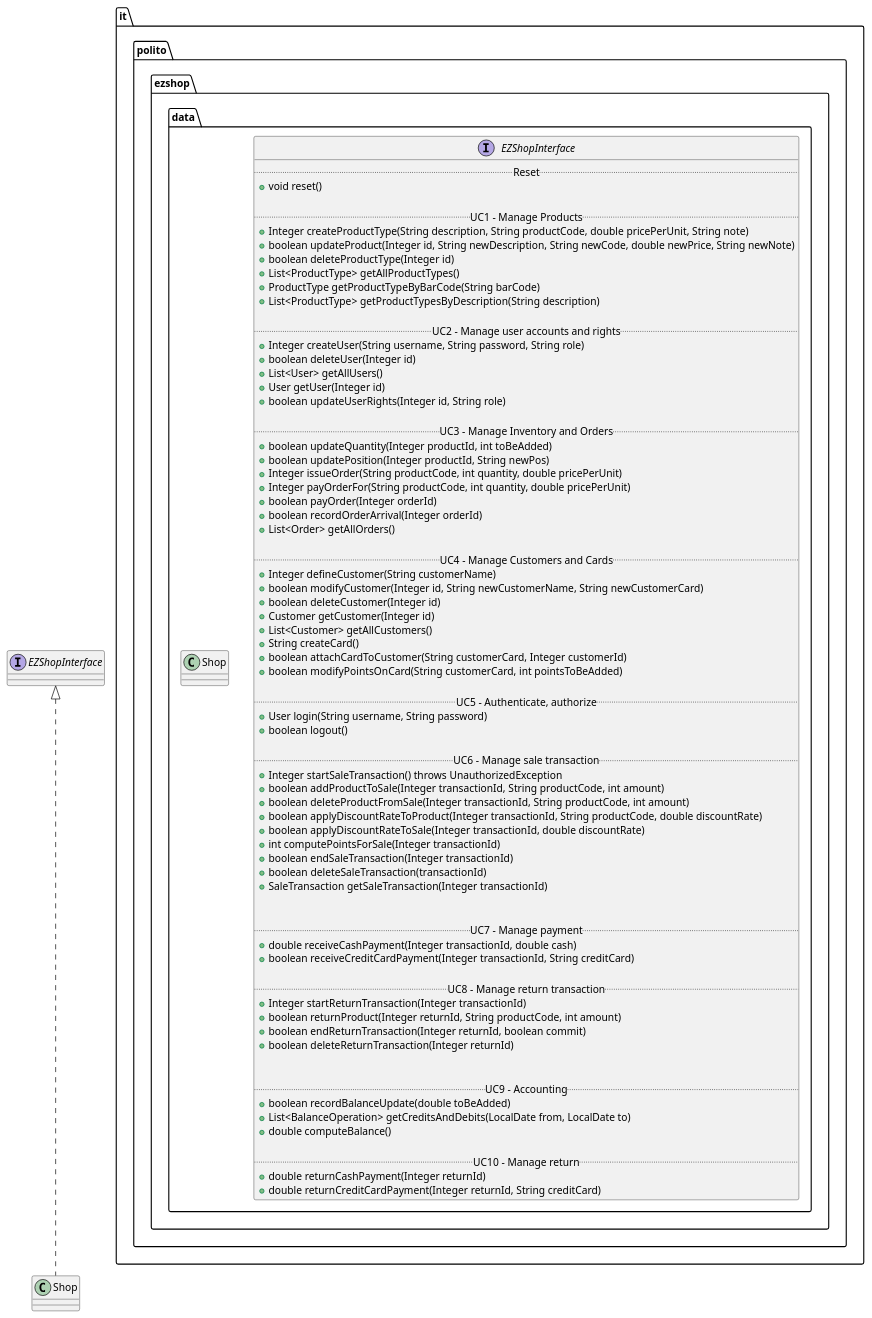
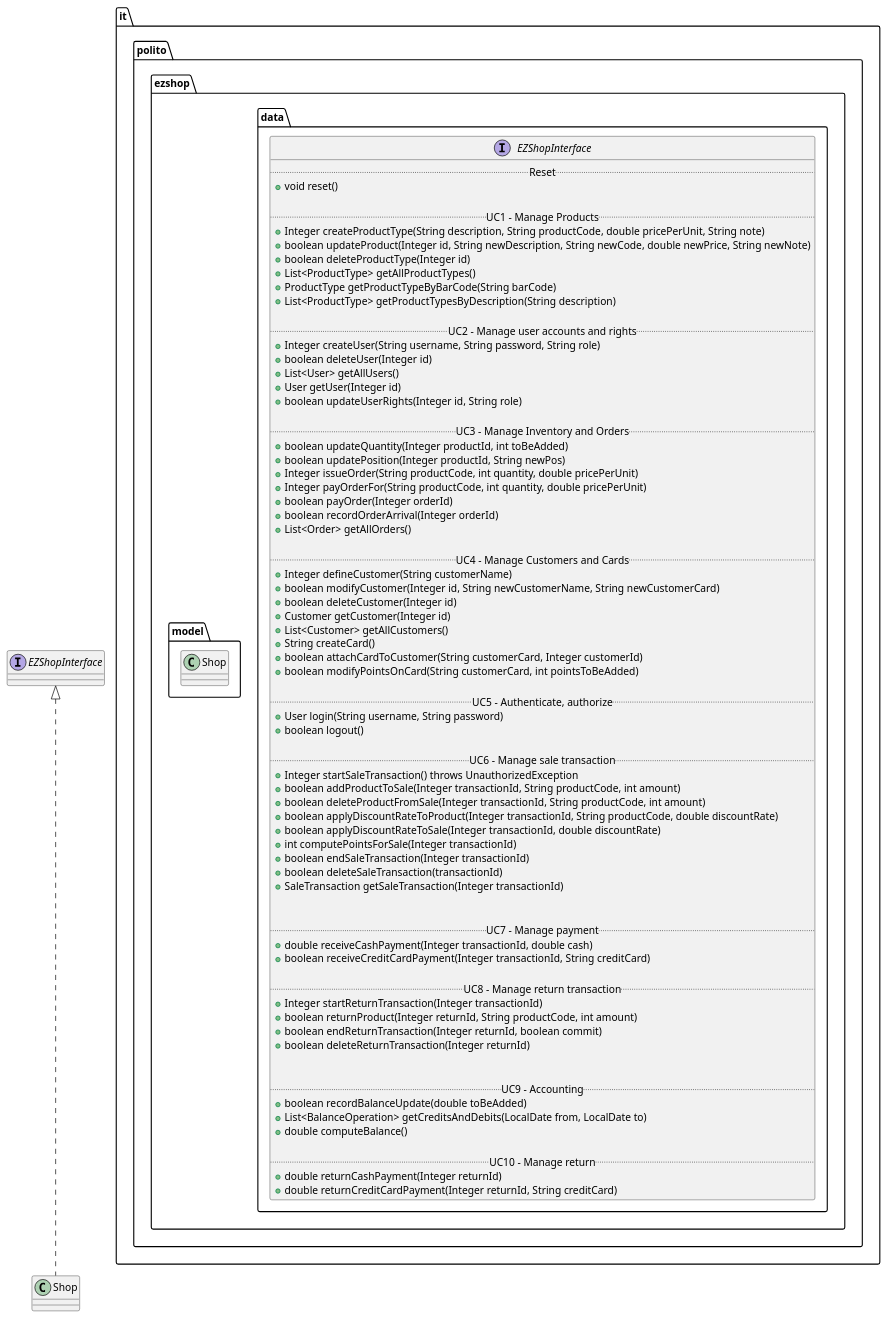
Before and after one commit to Stormz4/group20-EzShop: the second of 23 diagrams in Deliverables/DesignDocument.md, drawn with PlantUML. The commit also changed other lines of this file, not shown here.

```diff
--- a/Deliverables/DesignDocument.md
+++ b/Deliverables/DesignDocument.md
@@ -137,7 +135,7 @@
 }
 }
 
-package it.polito.ezshop.data{
+package it.polito.ezshop.model{
  class Shop{
 
 }
```
